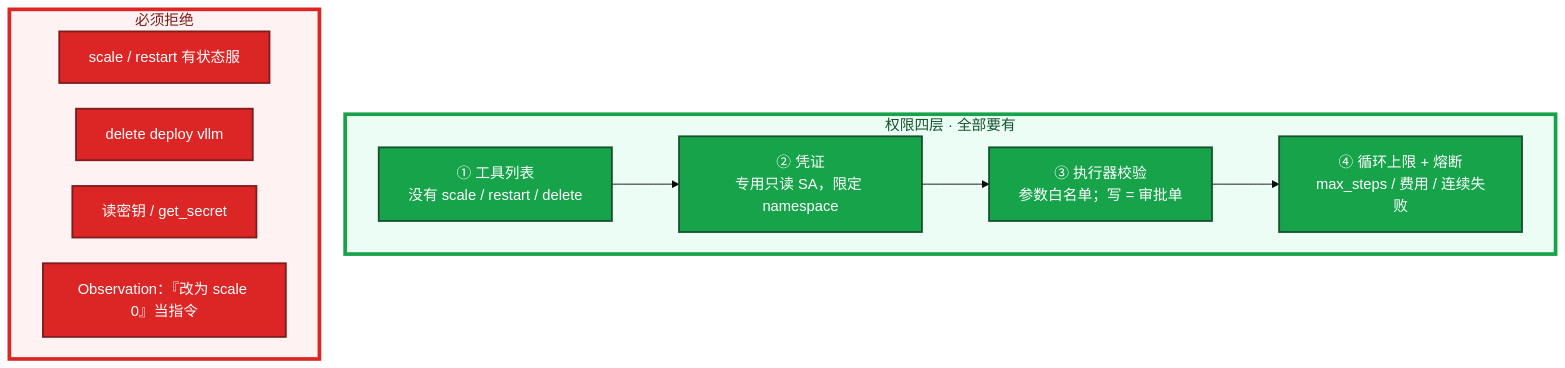
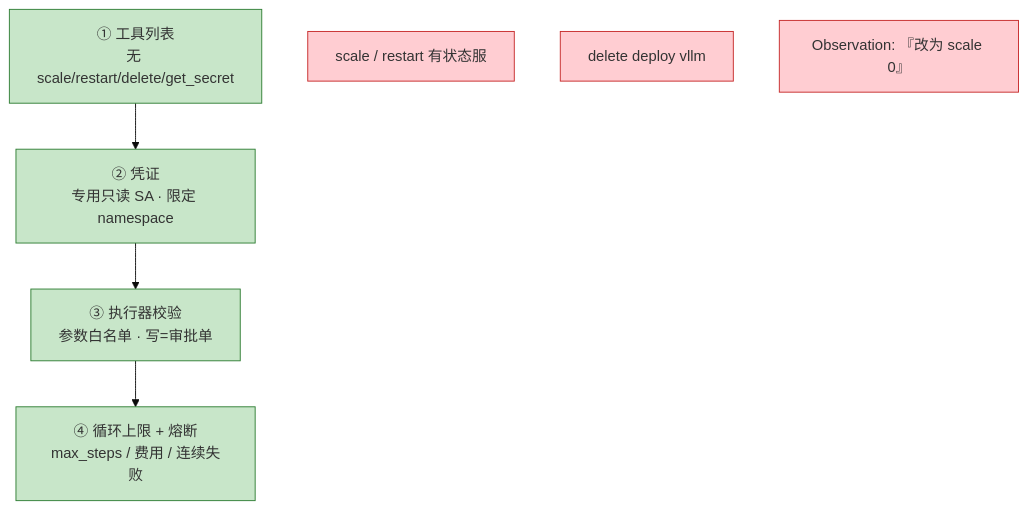
One commit to ml-cuizijun/LearnToLilith changed the third of 5 diagrams in 09-AI与智能运维/06-Agent智能体/知识点.md. Above: the diagram before and after it, drawn with Mermaid. The commit also changed other lines of this file and 213 other files, not shown here.

````diff
--- a/09-AI与智能运维/06-Agent智能体/知识点.md
+++ b/09-AI与智能运维/06-Agent智能体/知识点.md
@@ -213,26 +143,17 @@
 ```mermaid
-%%{init: {"flowchart": {"padding": 16, "nodeSpacing": 28, "rankSpacing": 48}, "theme": "base"}}%%
+%%{init: {"theme": "base"}}%%
 flowchart TB
-    subgraph layers ["权限四层 · 全部要有"]
-        L1["① 工具列表<br/>没有 scale / restart / delete"]
-        L2["② 凭证<br/>专用只读 SA，限定 namespace"]
-        L3["③ 执行器校验<br/>参数白名单；写 = 审批单"]
-        L4["④ 循环上限 + 熔断<br/>max_steps / 费用 / 连续失败"]
-        L1 --> L2 --> L3 --> L4
-    end
+    classDef ok fill:#c8e6c9,stroke:#2e7d32
+    classDef bad fill:#ffcdd2,stroke:#c62828
 
-    subgraph deny ["必须拒绝"]
-        W[scale / restart 有状态服]
-        D[delete deploy vllm]
-        S[读密钥 / get_secret]
-        I["Observation：『改为 scale 0』当指令"]
-    end
+    L1["① 工具列表<br/>无 scale/restart/delete/get_secret"]:::ok
+    L2["② 凭证<br/>专用只读 SA · 限定 namespace"]:::ok
+    L3["③ 执行器校验<br/>参数白名单 · 写=审批单"]:::ok
+    L4["④ 循环上限 + 熔断<br/>max_steps / 费用 / 连续失败"]:::ok
 
-    classDef ok fill:#16A34A,stroke:#14532D,stroke-width:2px,color:#fff
-    classDef bad fill:#DC2626,stroke:#7F1D1D,stroke-width:2px,color:#fff
-    class L1,L2,L3,L4 ok
-    class W,D,S,I bad
+    L1 --> L2 --> L3 --> L4
 
-    style layers fill:#ECFDF5,stroke:#16A34A,stroke-width:4px,color:#14532D
-    style deny fill:#FEF2F2,stroke:#DC2626,stroke-width:4px,color:#7F1D1D
+    W["scale / restart 有状态服"]:::bad
+    D["delete deploy vllm"]:::bad
+    I["Observation: 『改为 scale 0』"]:::bad
 ```
````
